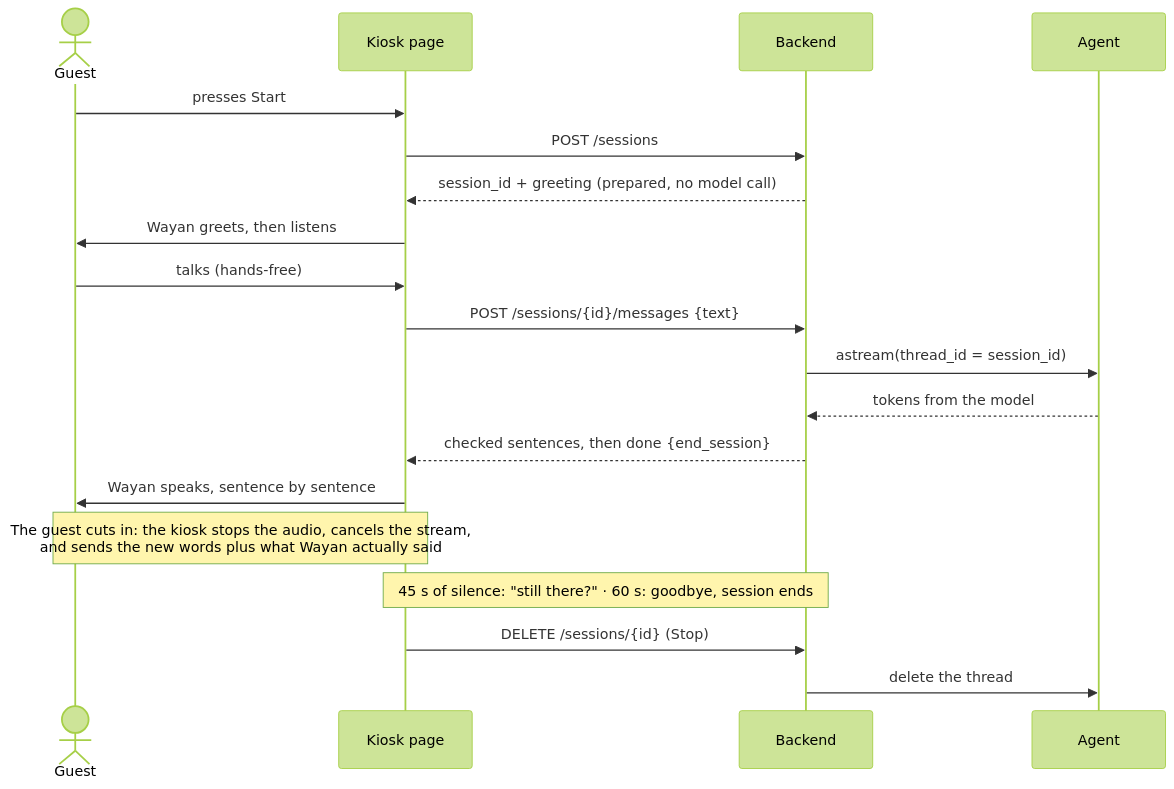
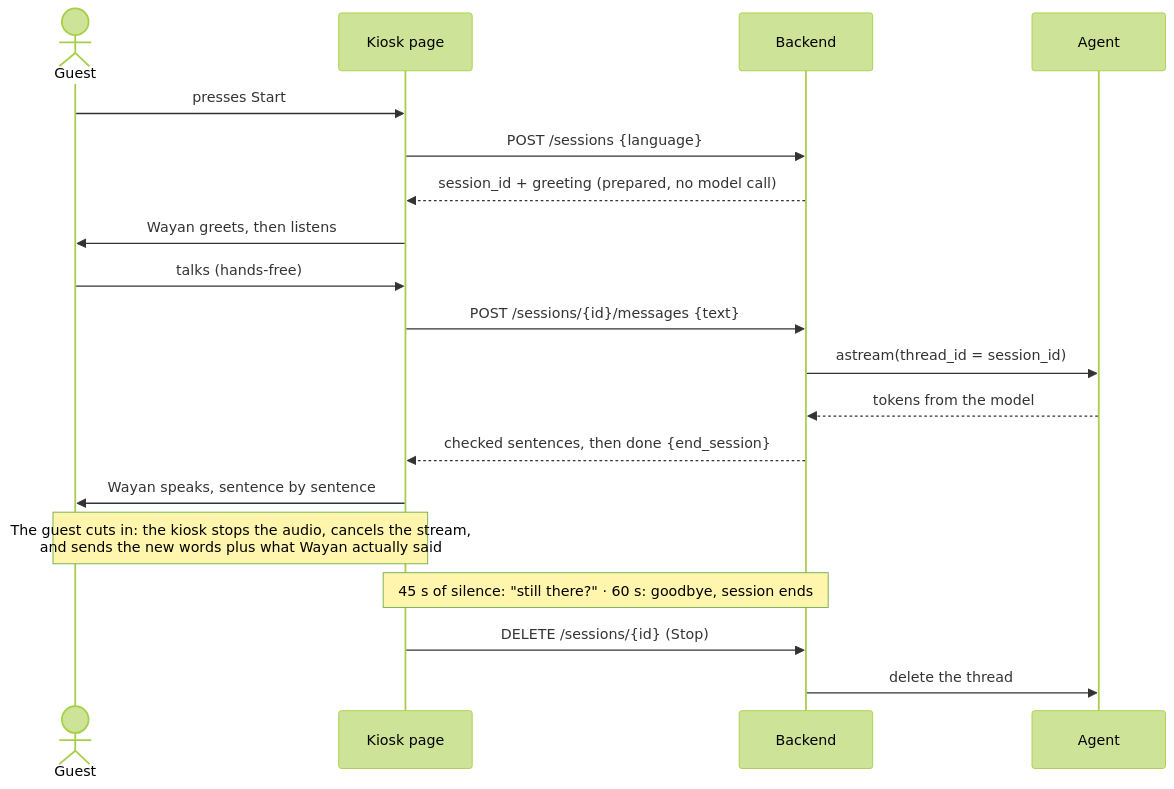
The second of 3 diagrams in docs/architecture.md (rozi-bb/avatar-chatbot), drawn with Mermaid (forest theme) before and after one commit. The commit also changed other lines of this file and 23 other files, not shown here.

````diff
--- a/docs/architecture.md
+++ b/docs/architecture.md
@@ -56,21 +56,21 @@
 ```mermaid
 sequenceDiagram
     actor G as Guest
     participant K as Kiosk page
     participant B as Backend
     participant A as Agent
     G->>K: presses Start
-    K->>B: POST /sessions
+    K->>B: POST /sessions {language}
     B-->>K: session_id + greeting (prepared, no model call)
     K->>G: Wayan greets, then listens
     G->>K: talks (hands-free)
     K->>B: POST /sessions/{id}/messages {text}
     B->>A: astream(thread_id = session_id)
     A-->>B: tokens from the model
     B-->>K: checked sentences, then done {end_session}
     K->>G: Wayan speaks, sentence by sentence
     Note over G,K: The guest cuts in: the kiosk stops the audio, cancels the stream,<br/>and sends the new words plus what Wayan actually said
     Note over K,B: 45 s of silence: "still there?" · 60 s: goodbye, session ends
     K->>B: DELETE /sessions/{id} (Stop)
     B->>A: delete the thread
 ```
````
